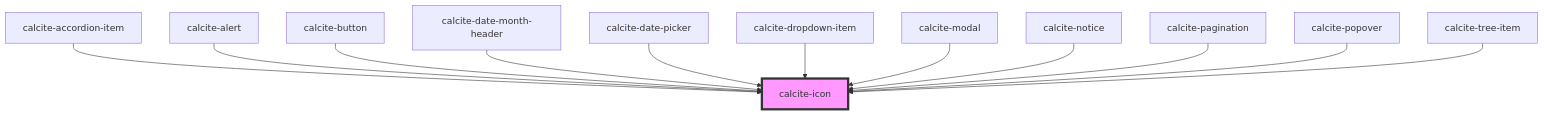
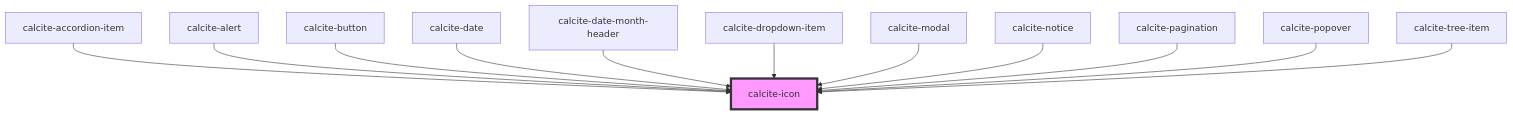
The diagram in src/components/calcite-icon/readme.md (vikivakarvc/calcite-design-system), drawn with Mermaid before and after one commit. The commit also changed other lines of this file and 15 other files, not shown here.

Commit message:
:rotating_light: move calcite-date-picker to calcite-date

````diff
--- a/src/components/calcite-icon/readme.md
+++ b/src/components/calcite-icon/readme.md
@@ -48,15 +48,15 @@
 ```mermaid
 graph TD;
   calcite-accordion-item --> calcite-icon
   calcite-alert --> calcite-icon
   calcite-button --> calcite-icon
+  calcite-date --> calcite-icon
   calcite-date-month-header --> calcite-icon
-  calcite-date-picker --> calcite-icon
   calcite-dropdown-item --> calcite-icon
   calcite-modal --> calcite-icon
   calcite-notice --> calcite-icon
   calcite-pagination --> calcite-icon
   calcite-popover --> calcite-icon
   calcite-tree-item --> calcite-icon
   style calcite-icon fill:#f9f,stroke:#333,stroke-width:4px
 ```
````
